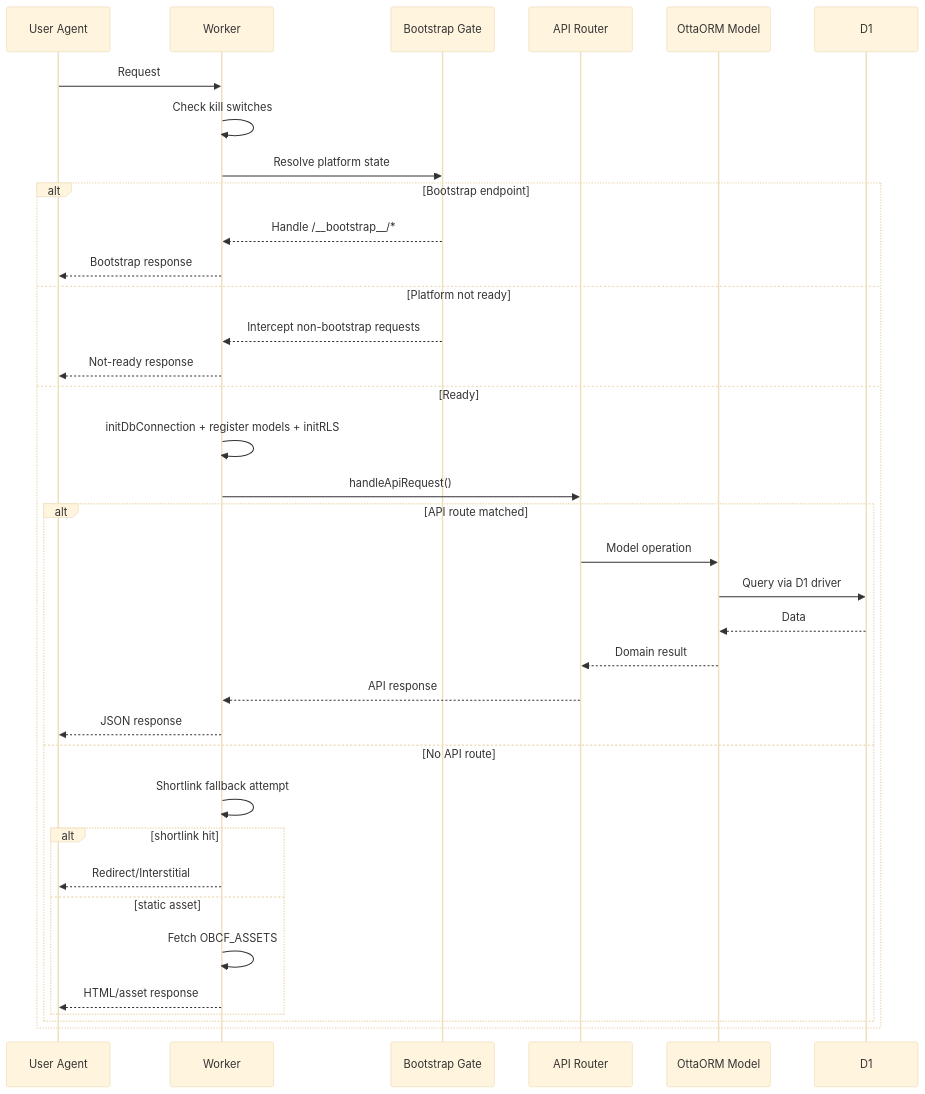
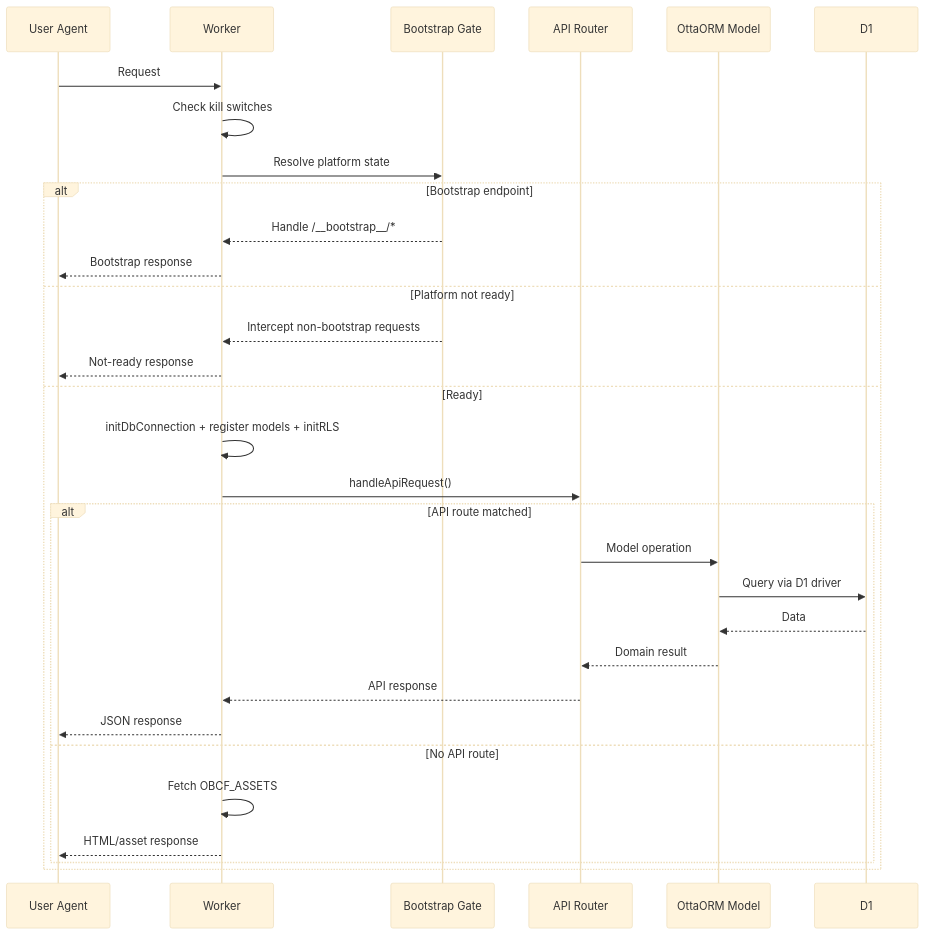
One commit to thinkdj/ottabase changed the fifth of 13 diagrams in ARCHITECTURE.md. Above: the diagram before and after it, drawn with Mermaid (base theme). The commit also changed other lines of this file and 13 other files, not shown here.

````diff
--- a/ARCHITECTURE.md
+++ b/ARCHITECTURE.md
@@ -173,41 +173,36 @@
 ```mermaid
 sequenceDiagram
     participant U as User Agent
     participant W as Worker
     participant B as Bootstrap Gate
     participant R as API Router
     participant M as OttaORM Model
     participant D as D1
 
     U->>W: Request
     W->>W: Check kill switches
     W->>B: Resolve platform state
 
     alt Bootstrap endpoint
         B-->>W: Handle /__bootstrap__/*
         W-->>U: Bootstrap response
     else Platform not ready
         B-->>W: Intercept non-bootstrap requests
         W-->>U: Not-ready response
     else Ready
         W->>W: initDbConnection + register models + initRLS
         W->>R: handleApiRequest()
 
         alt API route matched
             R->>M: Model operation
             M->>D: Query via D1 driver
             D-->>M: Data
             M-->>R: Domain result
             R-->>W: API response
             W-->>U: JSON response
         else No API route
-            W->>W: Shortlink fallback attempt
-            alt shortlink hit
-                W-->>U: Redirect/Interstitial
-            else static asset
                 W->>W: Fetch OBCF_ASSETS
                 W-->>U: HTML/asset response
-            end
         end
     end
 ```
````
